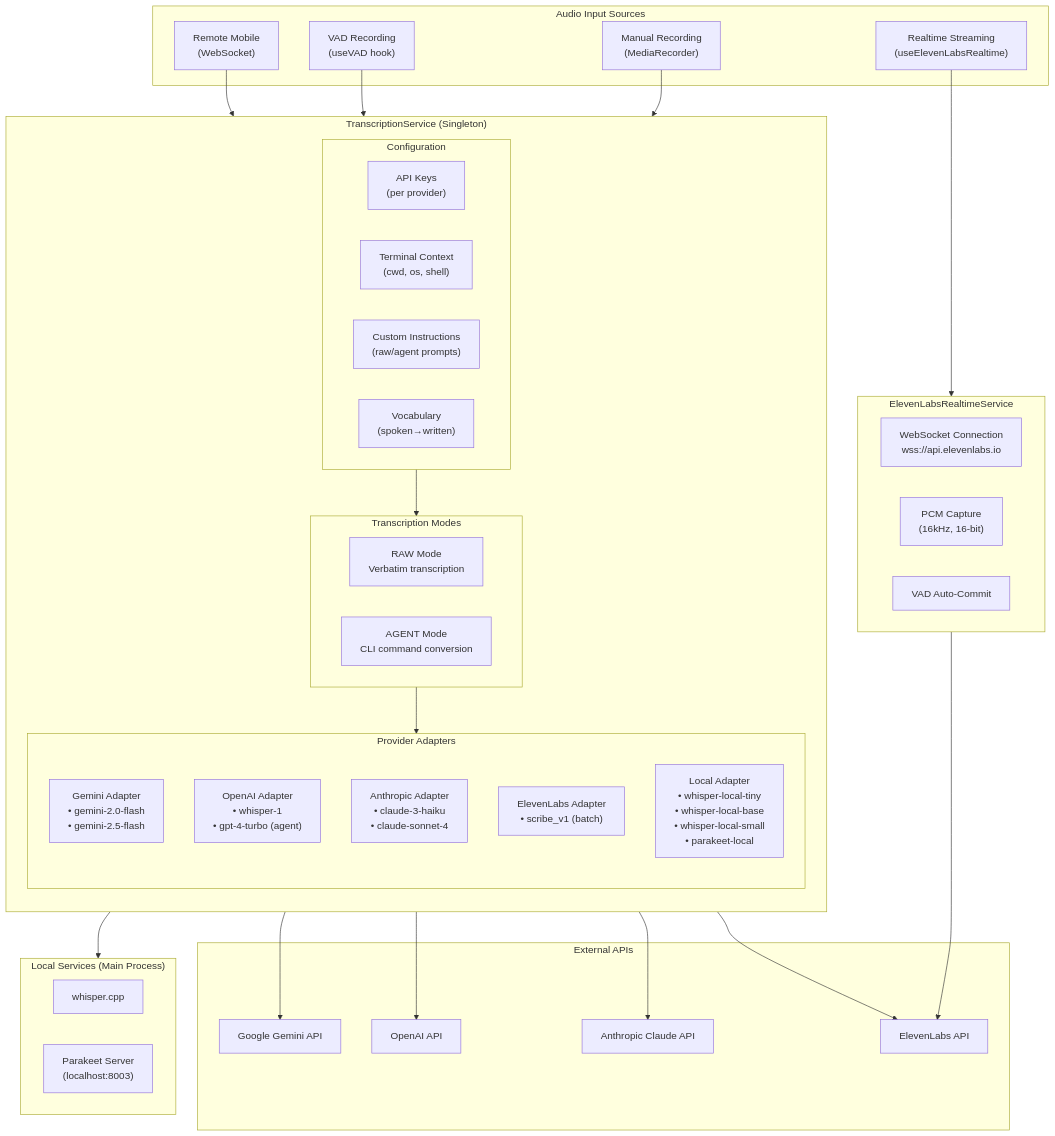
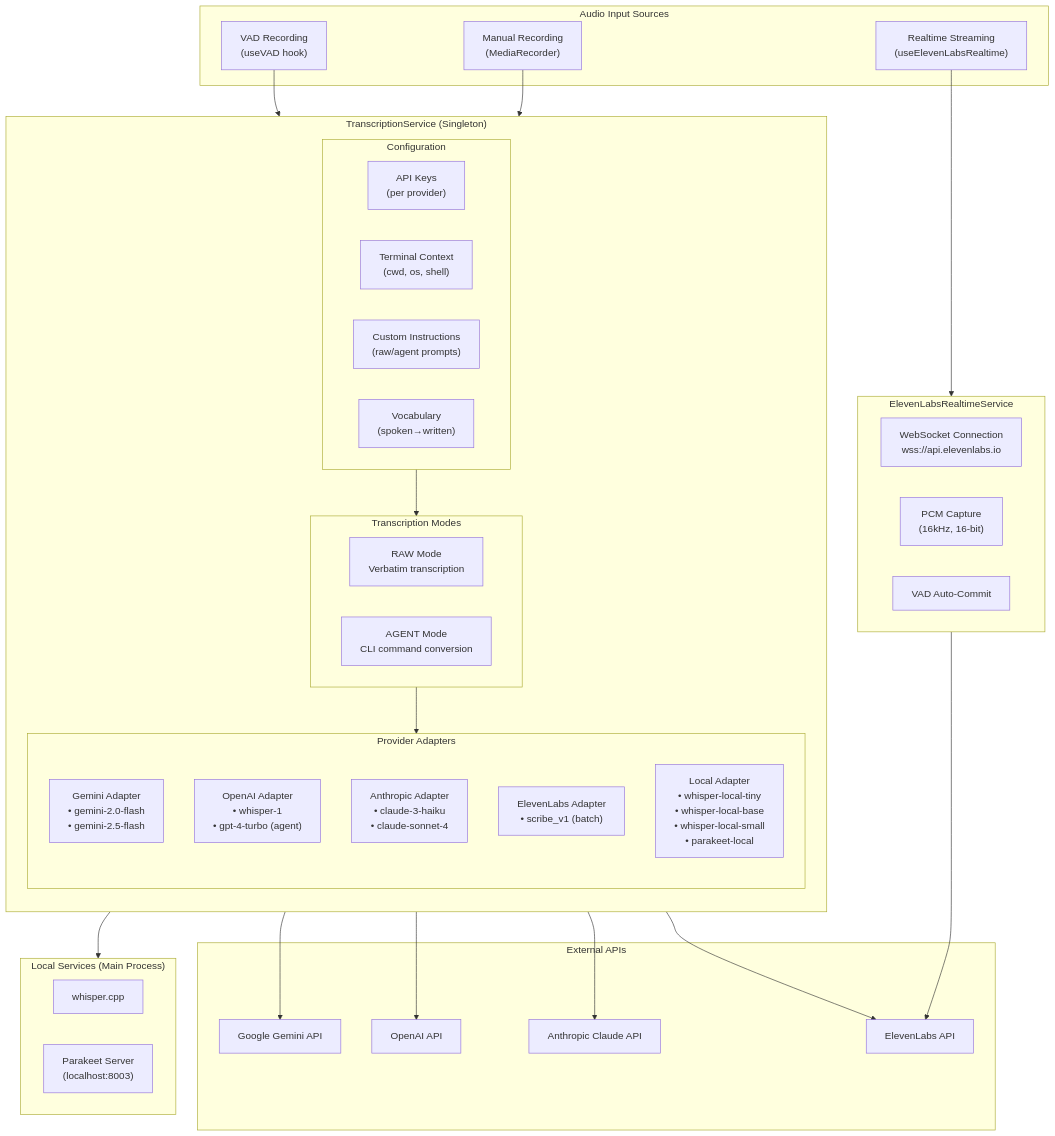
One commit to jamditis/audiobash changed the fifth of 8 diagrams in docs/ARCHITECTURE.md. Above: the diagram before and after it, drawn with Mermaid. The commit also changed other lines of this file and 67 other files, not shown here.

````diff
--- a/docs/ARCHITECTURE.md
+++ b/docs/ARCHITECTURE.md
@@ -589,69 +572,67 @@
 ```mermaid
 flowchart TB
     subgraph Input["Audio Input Sources"]
         Manual["Manual Recording<br/>(MediaRecorder)"]
         VAD["VAD Recording<br/>(useVAD hook)"]
         Realtime["Realtime Streaming<br/>(useElevenLabsRealtime)"]
-        Remote["Remote Mobile<br/>(WebSocket)"]
     end
 
     subgraph TranscriptionService["TranscriptionService (Singleton)"]
         direction TB
 
         subgraph Config["Configuration"]
             APIKeys["API Keys<br/>(per provider)"]
             TermContext["Terminal Context<br/>(cwd, os, shell)"]
             CustomInstr["Custom Instructions<br/>(raw/agent prompts)"]
             Vocabulary["Vocabulary<br/>(spoken→written)"]
         end
 
         subgraph Modes["Transcription Modes"]
             RawMode["RAW Mode<br/>Verbatim transcription"]
             AgentMode["AGENT Mode<br/>CLI command conversion"]
         end
 
         subgraph Providers["Provider Adapters"]
             direction TB
 
             GeminiAdapter["Gemini Adapter<br/>• gemini-2.0-flash<br/>• gemini-2.5-flash"]
             OpenAIAdapter["OpenAI Adapter<br/>• whisper-1<br/>• gpt-4-turbo (agent)"]
             AnthropicAdapter["Anthropic Adapter<br/>• claude-3-haiku<br/>• claude-sonnet-4"]
             ElevenLabsAdapter["ElevenLabs Adapter<br/>• scribe_v1 (batch)"]
             LocalAdapter["Local Adapter<br/>• whisper-local-tiny<br/>• whisper-local-base<br/>• whisper-local-small<br/>• parakeet-local"]
         end
     end
 
     subgraph ElevenLabsRealtime["ElevenLabsRealtimeService"]
         WSConnect["WebSocket Connection<br/>wss://api.elevenlabs.io"]
         PCMCapture["PCM Capture<br/>(16kHz, 16-bit)"]
         VADCommit["VAD Auto-Commit"]
     end
 
     subgraph ExternalAPIs["External APIs"]
         GeminiAPI["Google Gemini API"]
         OpenAIAPI["OpenAI API"]
         AnthropicAPI["Anthropic Claude API"]
         ElevenLabsAPI["ElevenLabs API"]
     end
 
     subgraph LocalServices["Local Services (Main Process)"]
         WhisperCPP["whisper.cpp"]
         Parakeet["Parakeet Server<br/>(localhost:8003)"]
     end
 
     Manual --> TranscriptionService
     VAD --> TranscriptionService
-    Remote --> TranscriptionService
     Realtime --> ElevenLabsRealtime
 
     Config --> Modes
     Modes --> Providers
 
     GeminiAdapter --> GeminiAPI
     OpenAIAdapter --> OpenAIAPI
     AnthropicAdapter --> AnthropicAPI
     ElevenLabsAdapter --> ElevenLabsAPI
     LocalAdapter --> LocalServices
 
     ElevenLabsRealtime --> ElevenLabsAPI
 ```
````
